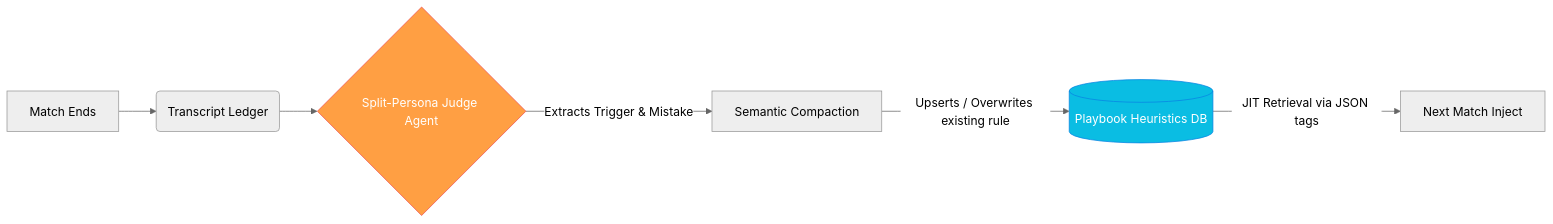
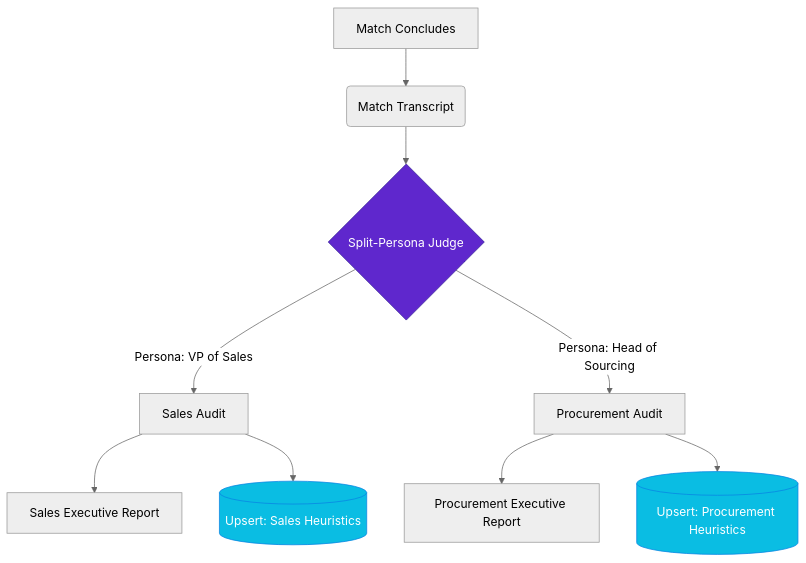
The second of 2 diagrams in README.md (Sarath-peddireddy/Zero__Leak__OS), drawn with Mermaid (neutral theme) before and after one commit. The commit also changed other lines of this file, not shown here.

````diff
--- a/README.md
+++ b/README.md
@@ -49,11 +53,19 @@
 ```mermaid
-graph LR
-    A[Match Ends] --> B(Transcript Ledger)
-    B --> C{Split-Persona Judge Agent}
-    C -->|"Extracts Trigger & Mistake"| D[Semantic Compaction]
-    D -->|Upserts / Overwrites existing rule| E[(Playbook Heuristics DB)]
-    E -->|JIT Retrieval via JSON tags| F[Next Match Inject]
+graph TD
+    A[Match Concludes] --> B(Match Transcript)
+    B --> C{Split-Persona Judge}
     
-    style C fill:#ff9f43,stroke:#ee5253,color:#fff
-    style E fill:#0abde3,stroke:#0984e3,color:#fff
+    C -->|Persona: VP of Sales| D[Sales Audit]
+    C -->|Persona: Head of Sourcing| E[Procurement Audit]
+    
+    D --> F[Sales Executive Report]
+    D --> G[(Upsert: Sales Heuristics)]
+    
+    E --> H[Procurement Executive Report]
+    E --> I[(Upsert: Procurement Heuristics)]
+
+    style C fill:#5f27cd,stroke:#341f97,color:#fff
+    style G fill:#0abde3,stroke:#0984e3,color:#fff
+    style I fill:#0abde3,stroke:#0984e3,color:#fff
+
 ```
````
